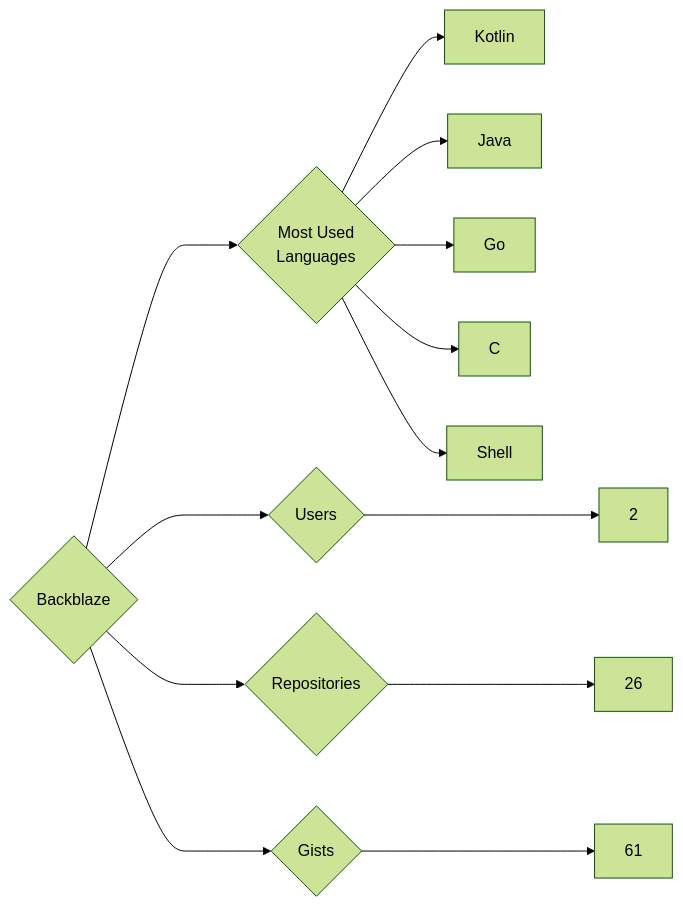
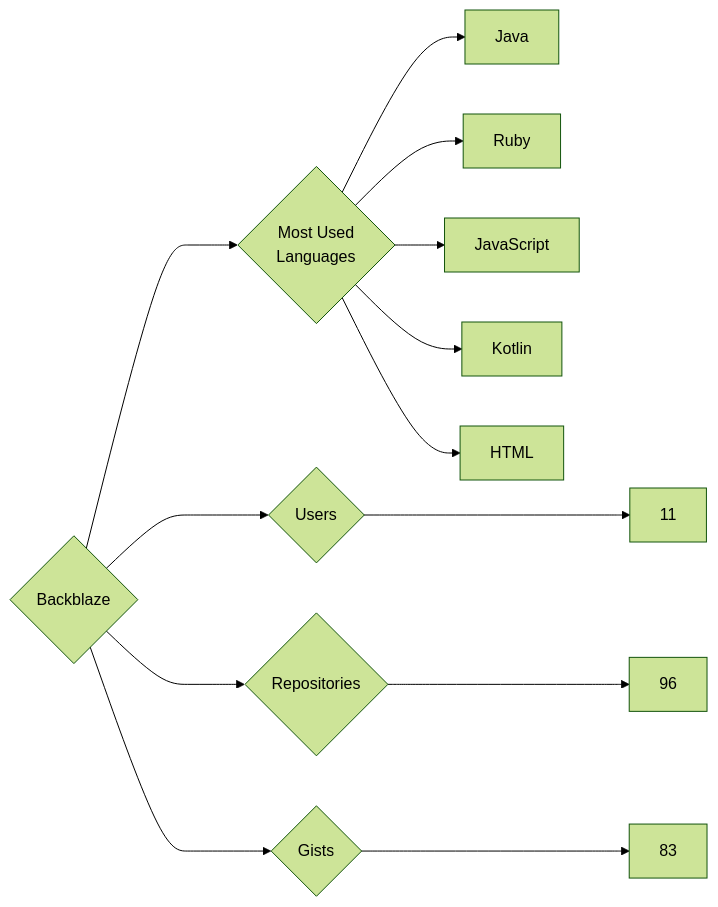
One commit to trickest/insiders changed the diagram in targets/Backblaze/README.md. Above: the diagram before and after it, drawn with Mermaid (forest theme). The commit also changed 838 other files, not shown here.

````diff
--- a/targets/Backblaze/README.md
+++ b/targets/Backblaze/README.md
@@ -3,13 +3,13 @@
 ```mermaid
 graph LR
 COMPANY_NAME{Backblaze}
-COMPANY_NAME ---> U{Users} ---> UN[2]
-COMPANY_NAME ---> R{Repositories} ---> RN[26]
-COMPANY_NAME ---> G{Gists} ---> GN[61]
+COMPANY_NAME ---> U{Users} ---> UN[11]
+COMPANY_NAME ---> R{Repositories} ---> RN[96]
+COMPANY_NAME ---> G{Gists} ---> GN[83]
 COMPANY_NAME ---> ML{Most Used<br>Languages}
+ML --> Java[Java]
+ML --> Ruby[Ruby]
+ML --> JavaScript[JavaScript]
 ML --> Kotlin[Kotlin]
-ML --> Java[Java]
-ML --> Go[Go]
-ML --> C[C]
-ML --> Shell[Shell]
+ML --> HTML[HTML]
 ```
````
